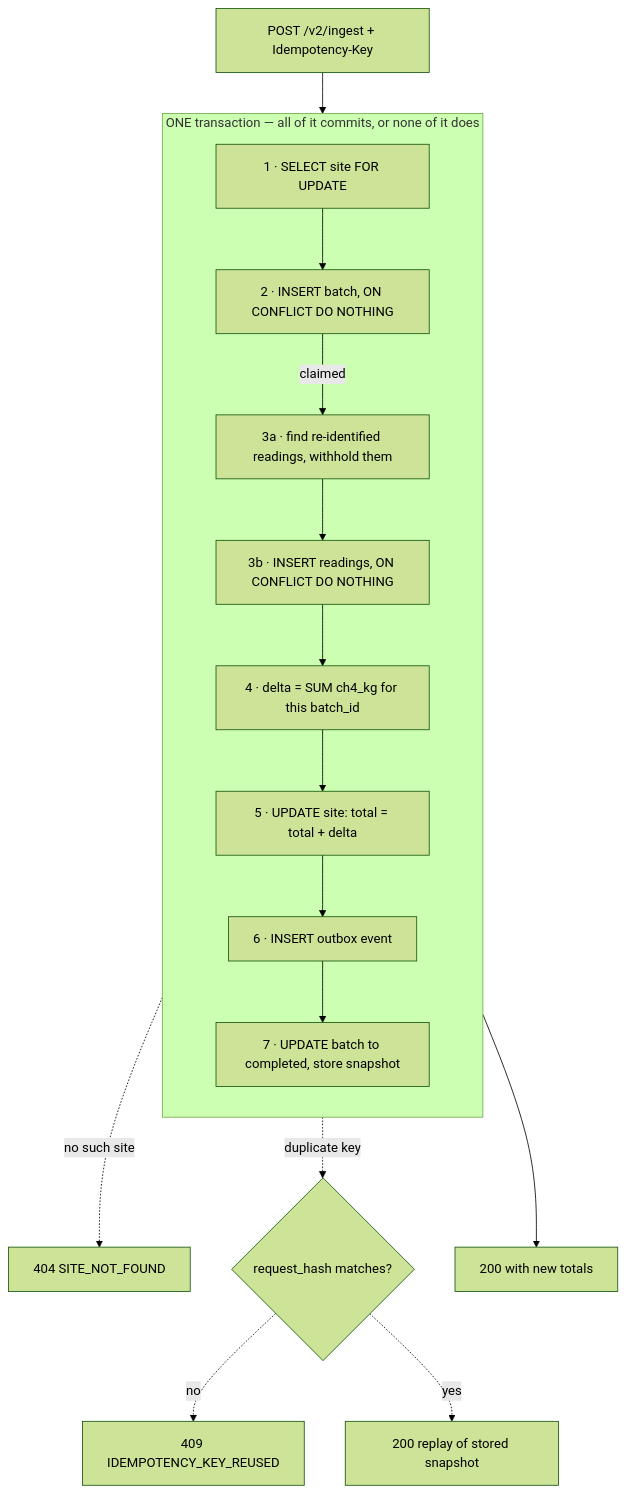
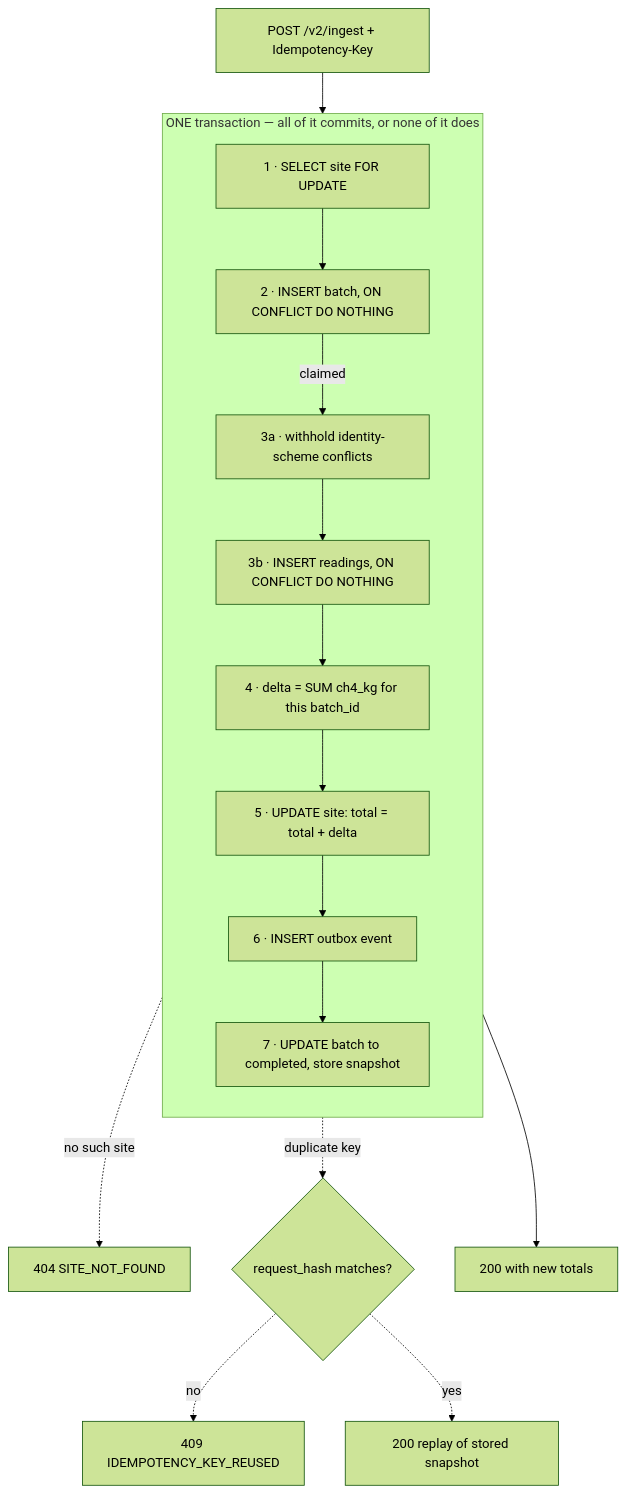
Before and after one commit to luigiv12/hw-project: the third of 3 diagrams in ARCHITECTURE.md, drawn with Mermaid (forest theme). The commit also changed other lines of this file and 6 other files, not shown here.

First line of the commit message:
Apply the identity-scheme rule consistently (#19)

````diff
--- a/ARCHITECTURE.md
+++ b/ARCHITECTURE.md
@@ -206,26 +206,26 @@
 ```mermaid
 flowchart TD
     REQ["POST /v2/ingest + Idempotency-Key"] --> LOCK
 
     subgraph TX["ONE transaction — all of it commits, or none of it does"]
         direction TB
         LOCK["1 · SELECT site FOR UPDATE"]
         CLAIM["2 · INSERT batch, ON CONFLICT DO NOTHING"]
-        REID["3a · find re-identified readings, withhold them"]
+        REID["3a · withhold identity-scheme conflicts"]
         INS["3b · INSERT readings, ON CONFLICT DO NOTHING"]
         DELTA["4 · delta = SUM ch4_kg for this batch_id"]
         UPD["5 · UPDATE site: total = total + delta"]
         OBX["6 · INSERT outbox event"]
         FIN["7 · UPDATE batch to completed, store snapshot"]
 
         LOCK --> CLAIM
         CLAIM -->|claimed| REID
         REID --> INS --> DELTA --> UPD --> OBX --> FIN
     end
 
     LOCK -.->|no such site| E404["404 SITE_NOT_FOUND"]
     CLAIM -.->|duplicate key| DUP{"request_hash matches?"}
     DUP -.->|no| E409["409 IDEMPOTENCY_KEY_REUSED"]
     DUP -.->|yes| REPLAY["200 replay of stored snapshot"]
     FIN --> OK["200 with new totals"]
 ```
````
